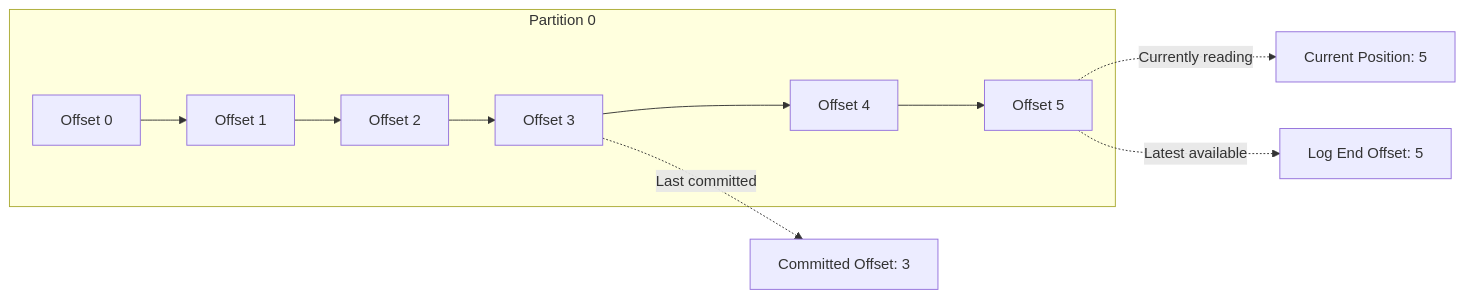
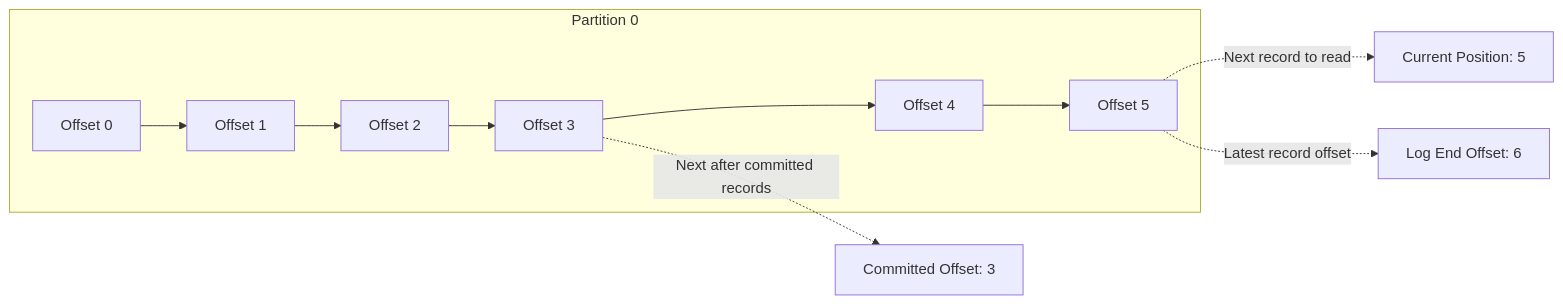
Before and after one commit to OneUptime/blog: the diagram in posts/2026-01-25-manage-consumer-offsets-kafka/README.md, drawn with Mermaid. The commit also changed other lines of this file and 2 other files, not shown here.

````diff
--- a/posts/2026-01-25-manage-consumer-offsets-kafka/README.md
+++ b/posts/2026-01-25-manage-consumer-offsets-kafka/README.md
@@ -17,14 +17,14 @@
 ```mermaid
 graph LR
     subgraph "Partition 0"
         M0[Offset 0] --> M1[Offset 1] --> M2[Offset 2] --> M3[Offset 3] --> M4[Offset 4] --> M5[Offset 5]
     end
 
     CO[Committed Offset: 3]
     CP[Current Position: 5]
-    LEO[Log End Offset: 5]
+    LEO[Log End Offset: 6]
 
-    M3 -.->|Last committed| CO
-    M5 -.->|Currently reading| CP
-    M5 -.->|Latest available| LEO
+    M3 -.->|Next after committed records| CO
+    M5 -.->|Next record to read| CP
+    M5 -.->|Latest record offset| LEO
 ```
````
